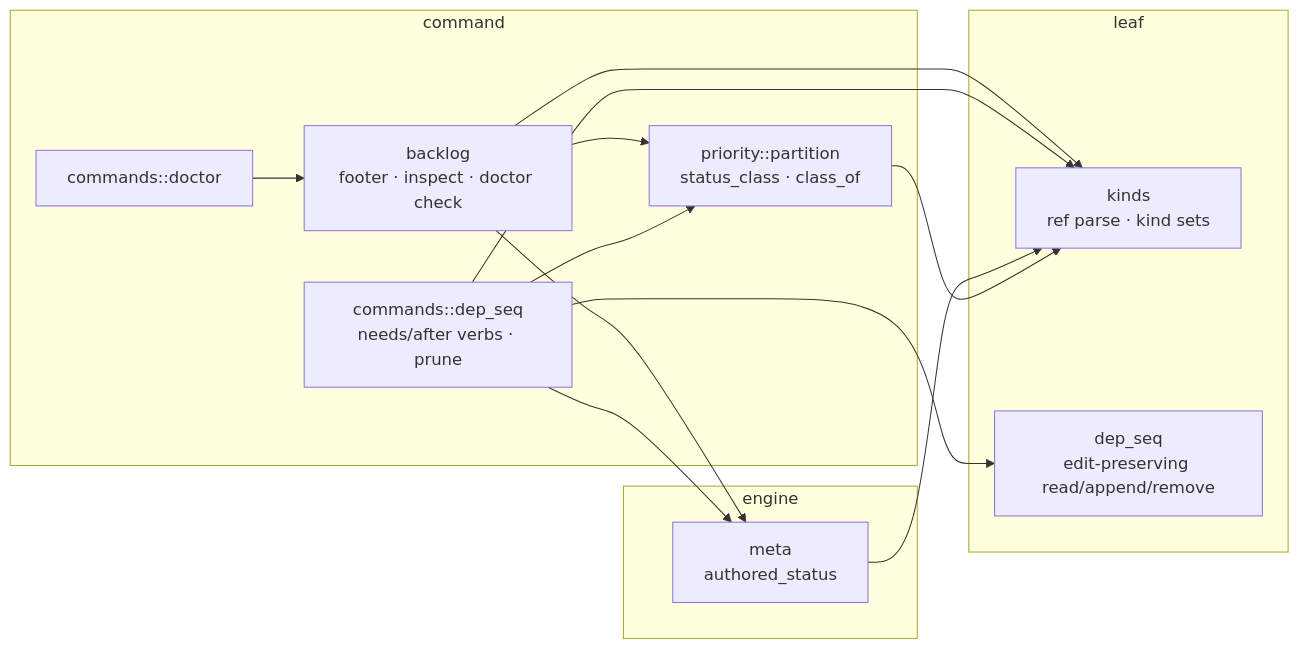
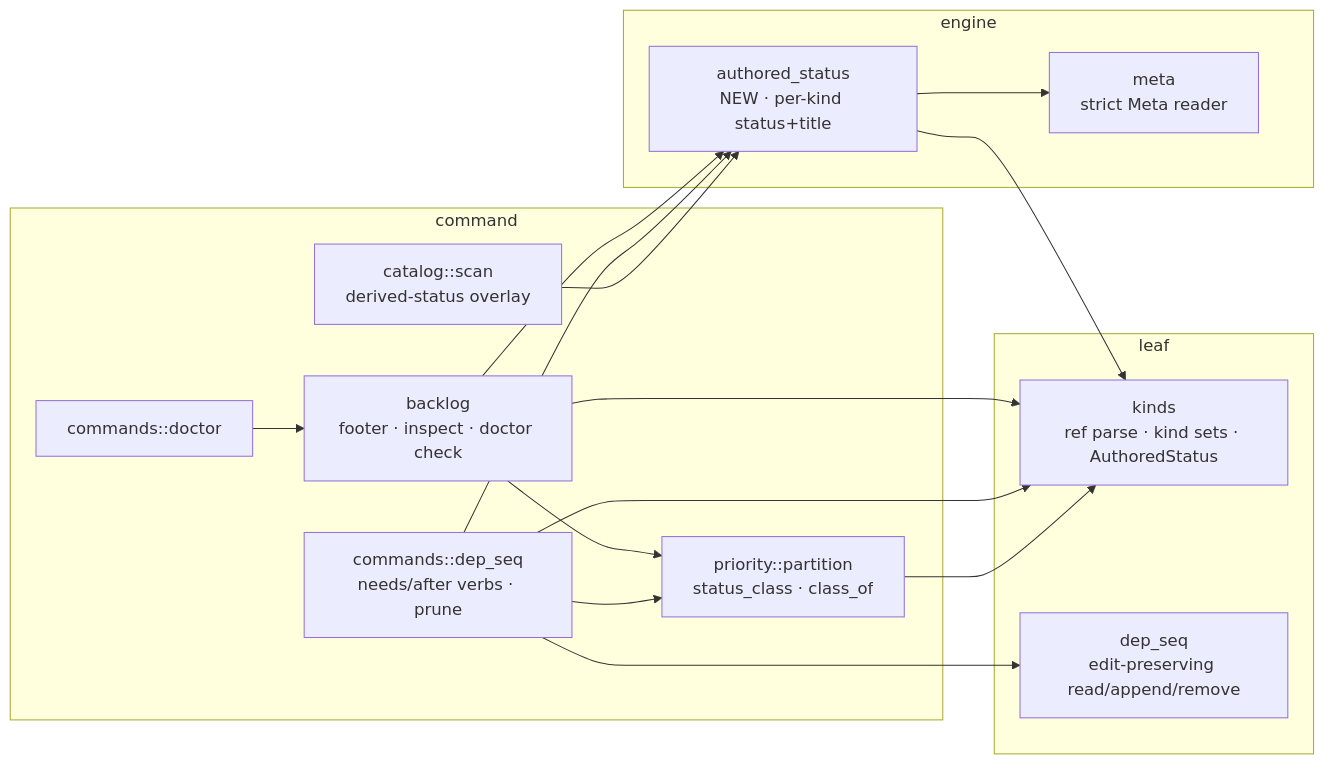
The first of 2 diagrams in .doctrine/slice/238/design.md (davidlee/doctrine), drawn with Mermaid before and after one commit. The commit also changed other lines of this file and 1 other file, not shown here.

First line of the commit message:
design(SL-238): site the status reader in its own engine module (F-1, F-6)

````diff
--- a/.doctrine/slice/238/design.md
+++ b/.doctrine/slice/238/design.md
@@ -118,26 +128,30 @@
 ```mermaid
 flowchart LR
   subgraph leaf
-    K["kinds<br/>ref parse · kind sets"]
+    K["kinds<br/>ref parse · kind sets · AuthoredStatus"]
     DS["dep_seq<br/>edit-preserving read/append/remove"]
   end
   subgraph engine
-    M["meta<br/>authored_status"]
+    M["meta<br/>strict Meta reader"]
+    AS["authored_status<br/>NEW · per-kind status+title"]
   end
   subgraph command
     BL["backlog<br/>footer · inspect · doctor check"]
     CD["commands::dep_seq<br/>needs/after verbs · prune"]
     P["priority::partition<br/>status_class · class_of"]
+    CS["catalog::scan<br/>derived-status overlay"]
     D["commands::doctor"]
   end
-  BL --> M
+  BL --> AS
   BL --> K
   BL --> P
-  CD --> M
+  CD --> AS
   CD --> K
   CD --> P
   CD --> DS
-  M --> K
+  CS --> AS
+  AS --> M
+  AS --> K
   P --> K
   D --> BL
 ```
````
